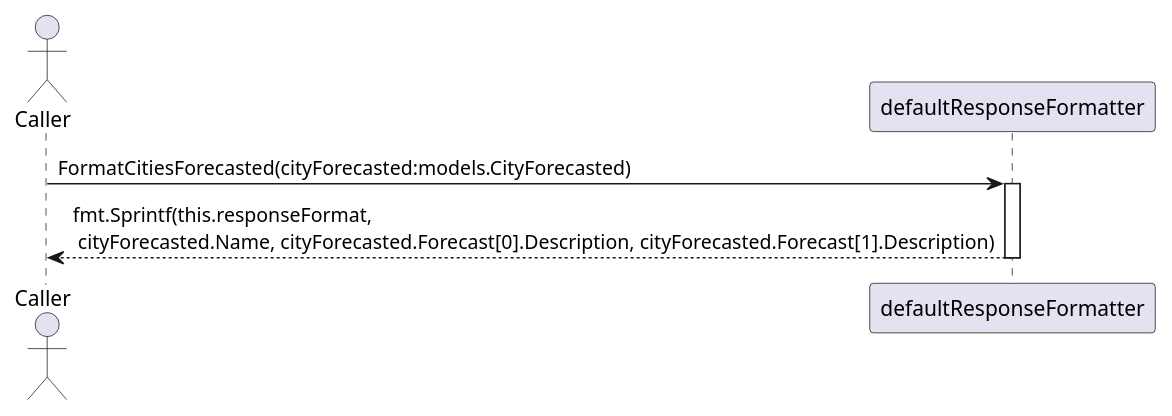
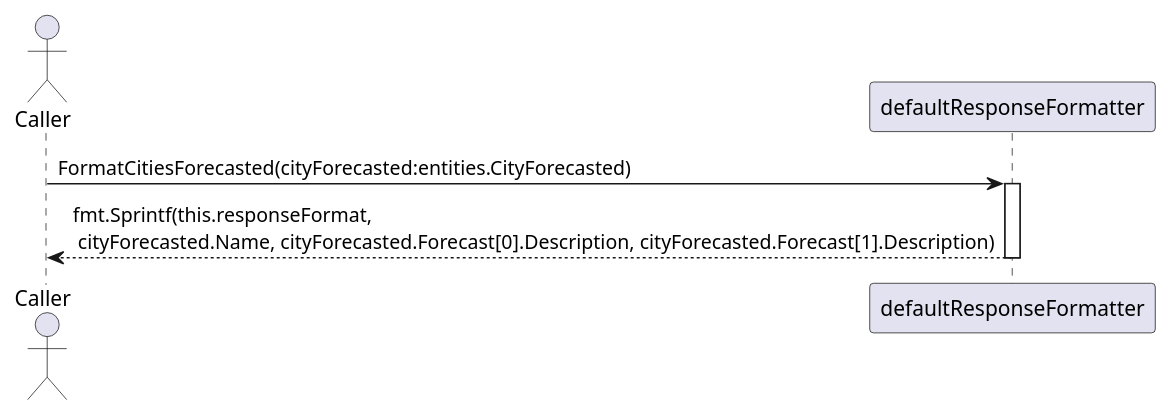
Before and after one commit to micoyeye22/TUITechHomework: the diagram in docs/usecases/getforecastforcities/handler/formatter/default_response_formatter_seq.puml, drawn with PlantUML. The commit also changed 15 other files, not shown here.

```diff
--- a/docs/usecases/getforecastforcities/handler/formatter/default_response_formatter_seq.puml
+++ b/docs/usecases/getforecastforcities/handler/formatter/default_response_formatter_seq.puml
@@ -1,11 +1,11 @@
 @startuml
 
 actor Caller as C
 participant defaultResponseFormatter as DRF
 
-C -> DRF : FormatCitiesForecasted(cityForecasted:models.CityForecasted)
+C -> DRF : FormatCitiesForecasted(cityForecasted:entities.CityForecasted)
 activate DRF
     DRF --> C : fmt.Sprintf(this.responseFormat, \n cityForecasted.Name, cityForecasted.Forecast[0].Description, cityForecasted.Forecast[1].Description)
 deactivate
 
 @enduml
```
